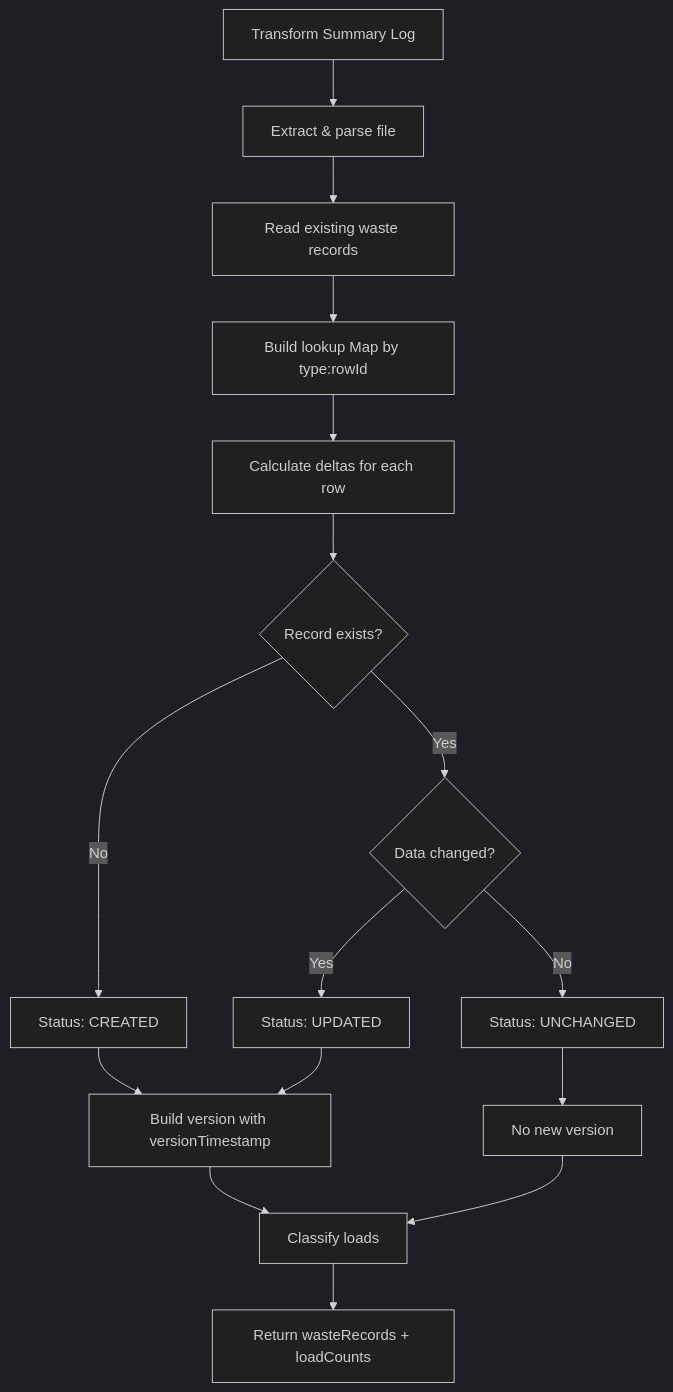
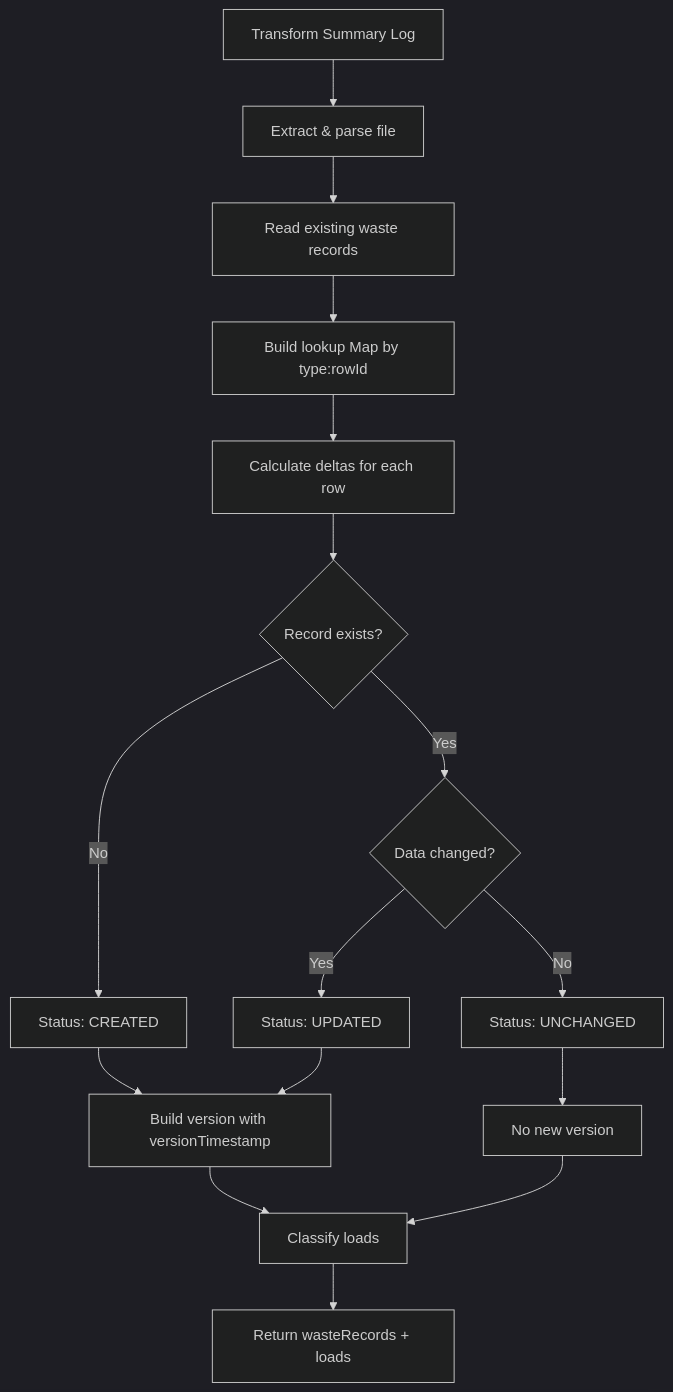
Before and after one commit to DEFRA/epr-re-ex-service: the fourth of 7 diagrams in docs/architecture/defined/summary-log-submission-lld.md, drawn with Mermaid (dark theme). The commit also changed other lines of this file and 1 other file, not shown here.

````diff
--- a/docs/architecture/defined/summary-log-submission-lld.md
+++ b/docs/architecture/defined/summary-log-submission-lld.md
@@ -218,18 +218,18 @@
 ```mermaid
 flowchart TD
     A[Transform Summary Log] --> B[Extract & parse file]
     B --> C[Read existing waste records]
     C --> D[Build lookup Map by type:rowId]
     D --> E[Calculate deltas for each row]
     E --> F{Record exists?}
     F -->|Yes| G{Data changed?}
     F -->|No| H[Status: CREATED]
     G -->|Yes| I[Status: UPDATED]
     G -->|No| J[Status: UNCHANGED]
     H --> K[Build version with versionTimestamp]
     I --> K
     J --> L[No new version]
     K --> M[Classify loads]
     L --> M
-    M --> N[Return wasteRecords + loadCounts]
+    M --> N[Return wasteRecords + loads]
 ```
````
